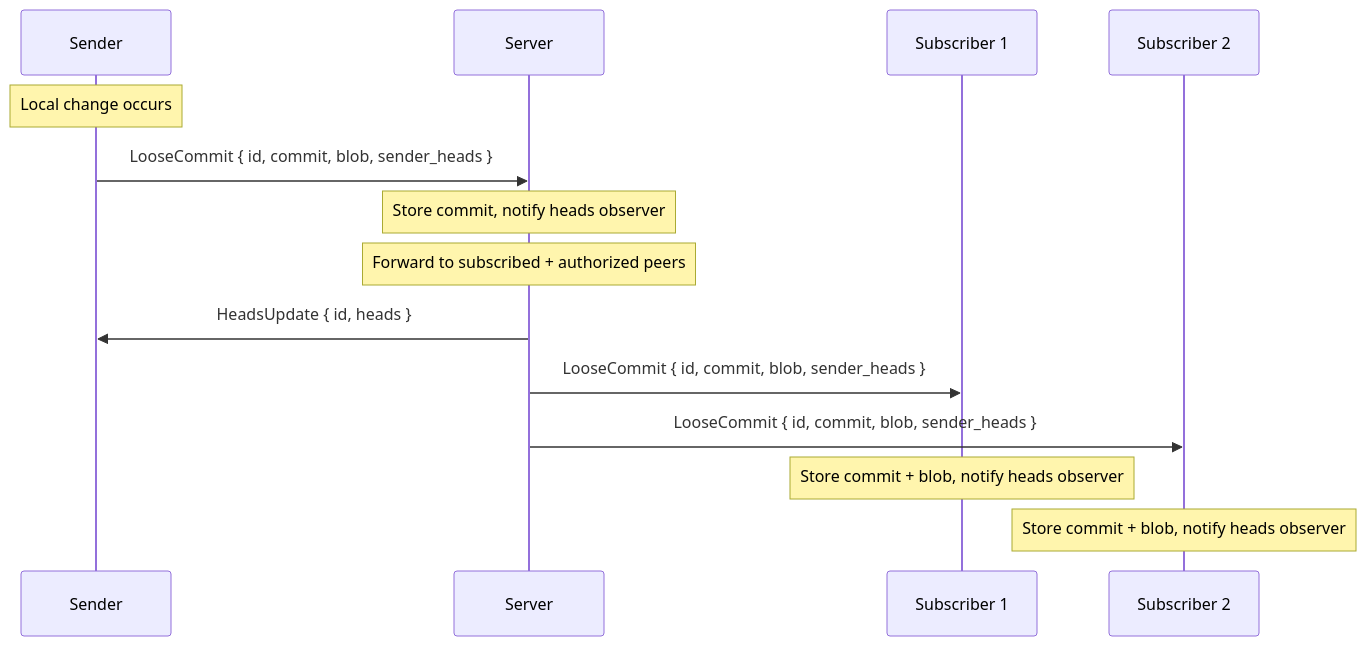
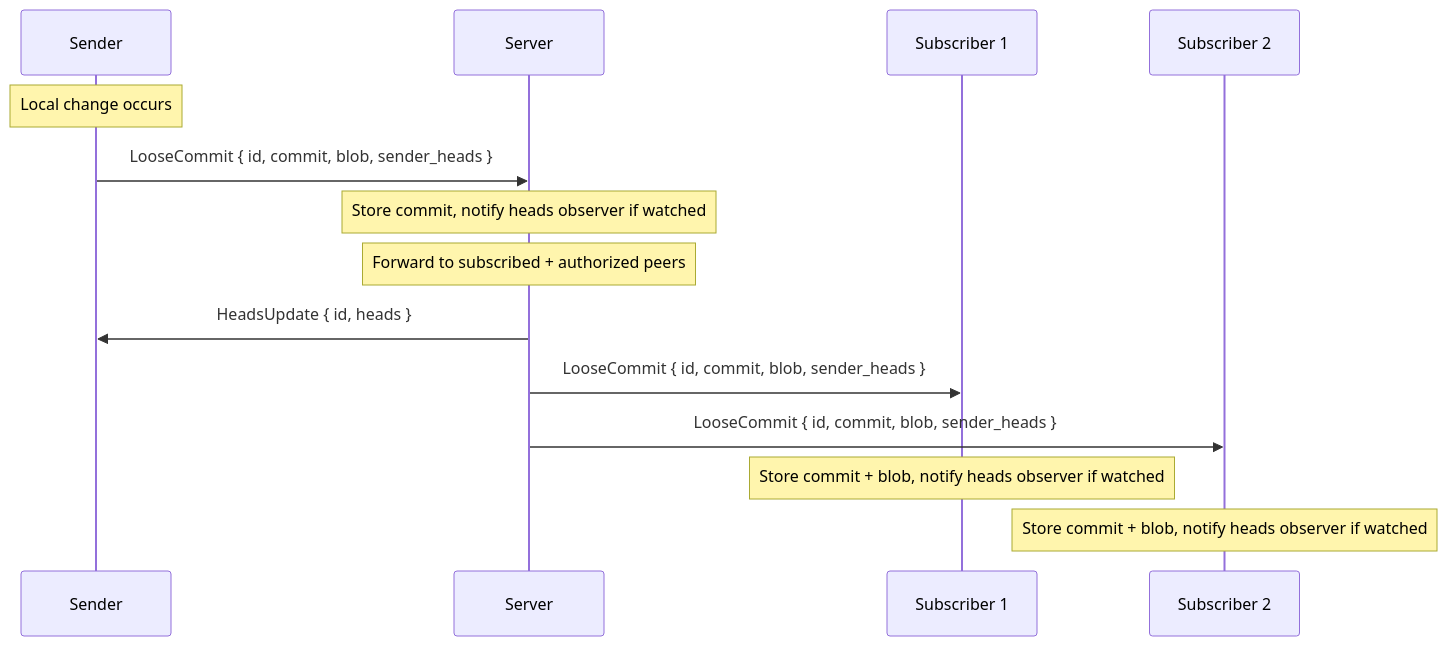
Before and after one commit to inkandswitch/subduction: the first of 4 diagrams in design/sync/incremental.md, drawn with Mermaid. The commit also changed other lines of this file and 17 other files, not shown here.

````diff
--- a/design/sync/incremental.md
+++ b/design/sync/incremental.md
@@ -12,19 +12,19 @@
 ```mermaid
 sequenceDiagram
     participant A as Sender
     participant S as Server
     participant B as Subscriber 1
     participant C as Subscriber 2
 
     Note over A: Local change occurs
 
     A->>S: LooseCommit { id, commit, blob, sender_heads }
-    Note over S: Store commit, notify heads observer
+    Note over S: Store commit, notify heads observer if watched
     Note over S: Forward to subscribed + authorized peers
     S->>A: HeadsUpdate { id, heads }
     S->>B: LooseCommit { id, commit, blob, sender_heads }
     S->>C: LooseCommit { id, commit, blob, sender_heads }
 
-    Note over B: Store commit + blob, notify heads observer
-    Note over C: Store commit + blob, notify heads observer
+    Note over B: Store commit + blob, notify heads observer if watched
+    Note over C: Store commit + blob, notify heads observer if watched
 ```
````
